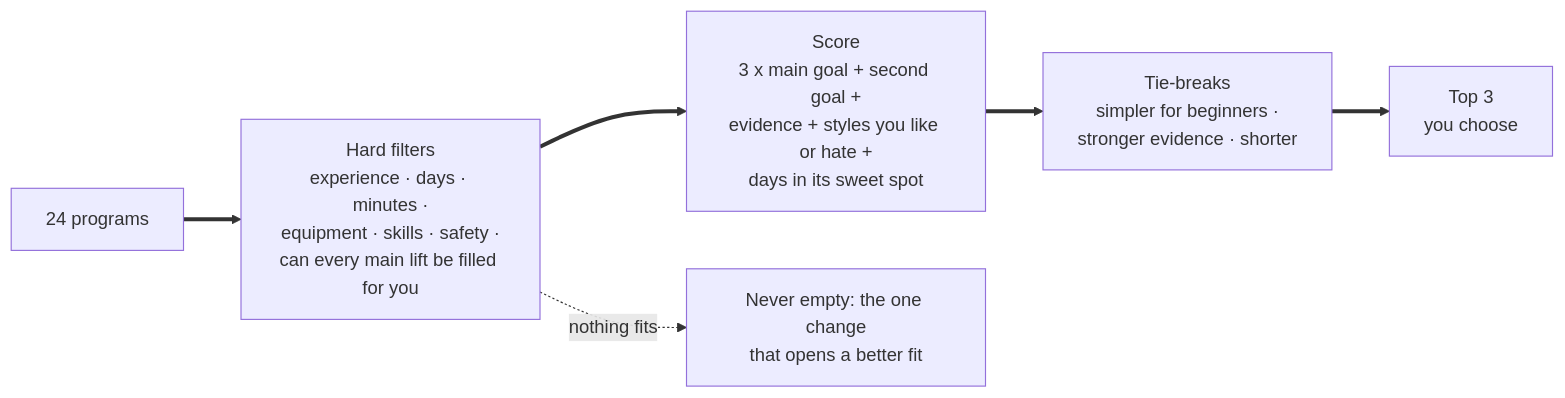
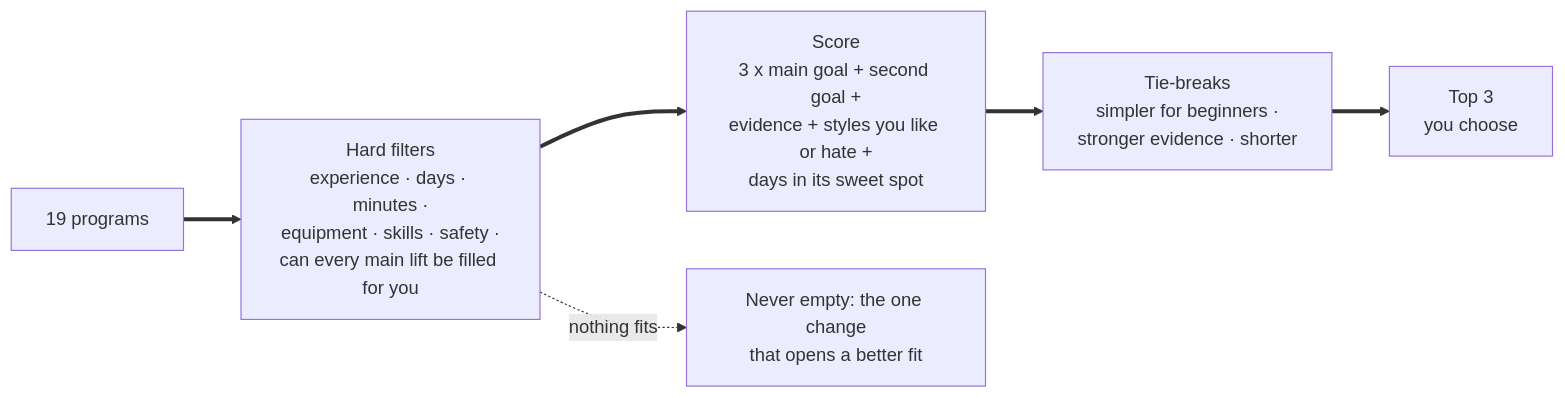
Before and after one commit to agent3agy-spec/Personal_Trainer: the second of 4 diagrams in docs/HOW_IT_WORKS.md, drawn with Mermaid. The commit also changed other lines of this file and 51 other files, not shown here.

````diff
--- a/docs/HOW_IT_WORKS.md
+++ b/docs/HOW_IT_WORKS.md
@@ -36,8 +36,8 @@
 ```mermaid
 flowchart LR
-    A["24 programs"] ==> B["Hard filters<br/>experience · days · minutes ·<br/>equipment · skills · safety ·<br/>can every main lift be filled for you"]
+    A["19 programs"] ==> B["Hard filters<br/>experience · days · minutes ·<br/>equipment · skills · safety ·<br/>can every main lift be filled for you"]
     B ==> C["Score<br/>3 x main goal + second goal +<br/>evidence + styles you like or hate +<br/>days in its sweet spot"]
     C ==> D["Tie-breaks<br/>simpler for beginners ·<br/>stronger evidence · shorter"]
     D ==> E["Top 3<br/>you choose"]
     B -. nothing fits .-> F["Never empty: the one change<br/>that opens a better fit"]
 ```
````
